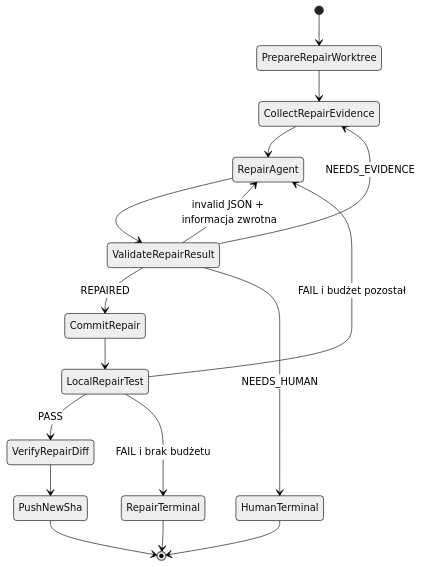
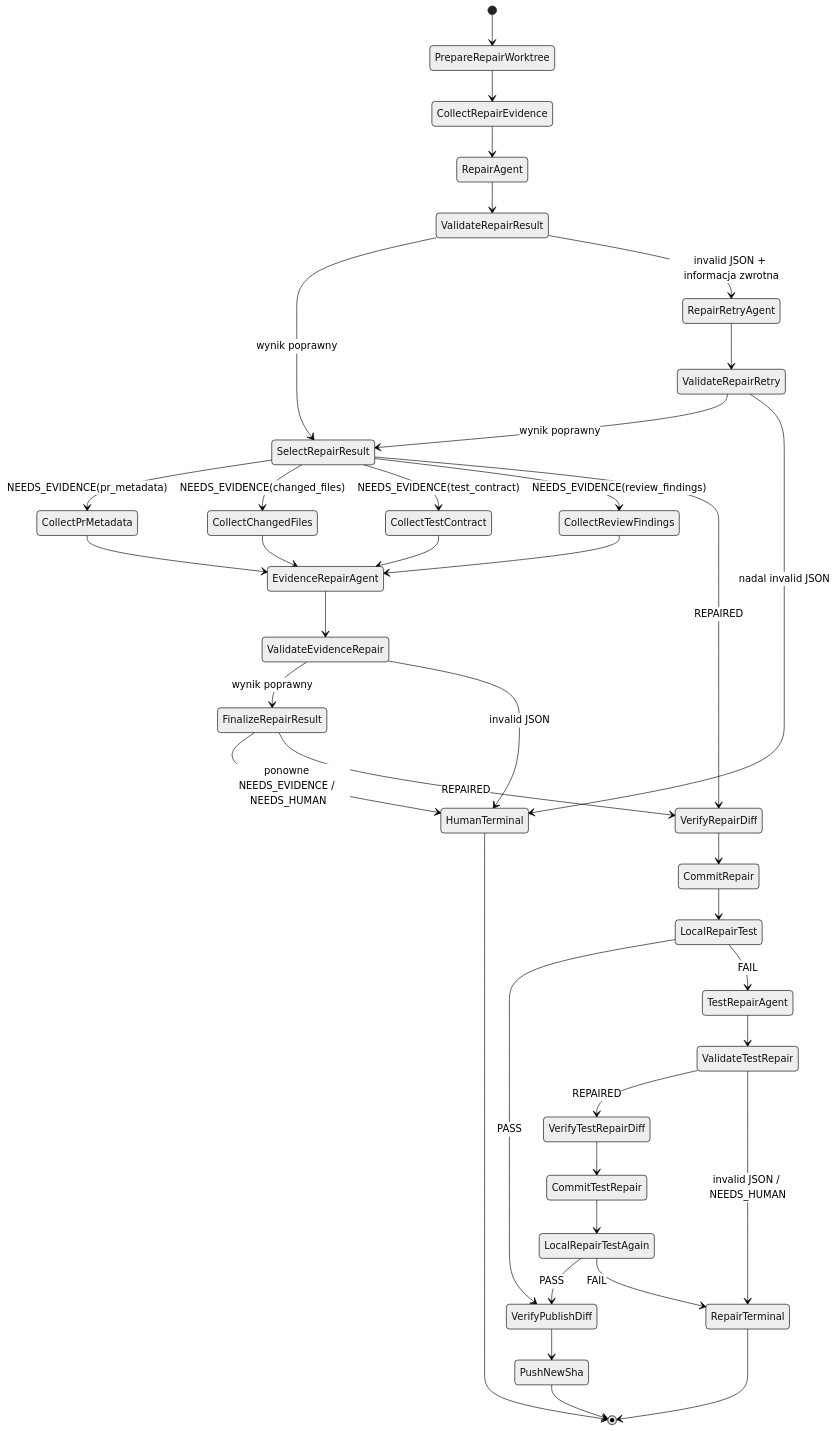
One commit to mikolaj92/lokay changed the fifth of 6 diagrams in README.md. Above: the diagram before and after it, drawn with Mermaid (neutral theme).

Commit message:
docs: define PR repair state boundary

````diff
--- a/README.md
+++ b/README.md
@@ -254,19 +254,41 @@
 ```mermaid
 stateDiagram-v2
     [*] --> PrepareRepairWorktree
     PrepareRepairWorktree --> CollectRepairEvidence
     CollectRepairEvidence --> RepairAgent
     RepairAgent --> ValidateRepairResult
-    ValidateRepairResult --> RepairAgent: invalid JSON + informacja zwrotna
-    ValidateRepairResult --> CollectRepairEvidence: NEEDS_EVIDENCE
-    ValidateRepairResult --> CommitRepair: REPAIRED
-    ValidateRepairResult --> HumanTerminal: NEEDS_HUMAN
+    ValidateRepairResult --> SelectRepairResult: wynik poprawny
+    ValidateRepairResult --> RepairRetryAgent: invalid JSON + informacja zwrotna
+    RepairRetryAgent --> ValidateRepairRetry
+    ValidateRepairRetry --> SelectRepairResult: wynik poprawny
+    ValidateRepairRetry --> HumanTerminal: nadal invalid JSON
+    SelectRepairResult --> CollectPrMetadata: NEEDS_EVIDENCE(pr_metadata)
+    SelectRepairResult --> CollectChangedFiles: NEEDS_EVIDENCE(changed_files)
+    SelectRepairResult --> CollectTestContract: NEEDS_EVIDENCE(test_contract)
+    SelectRepairResult --> CollectReviewFindings: NEEDS_EVIDENCE(review_findings)
+    CollectPrMetadata --> EvidenceRepairAgent
+    CollectChangedFiles --> EvidenceRepairAgent
+    CollectTestContract --> EvidenceRepairAgent
+    CollectReviewFindings --> EvidenceRepairAgent
+    EvidenceRepairAgent --> ValidateEvidenceRepair
+    ValidateEvidenceRepair --> FinalizeRepairResult: wynik poprawny
+    ValidateEvidenceRepair --> HumanTerminal: invalid JSON
+    FinalizeRepairResult --> HumanTerminal: ponowne NEEDS_EVIDENCE / NEEDS_HUMAN
+    SelectRepairResult --> VerifyRepairDiff: REPAIRED
+    FinalizeRepairResult --> VerifyRepairDiff: REPAIRED
+    VerifyRepairDiff --> CommitRepair
     CommitRepair --> LocalRepairTest
-    LocalRepairTest --> VerifyRepairDiff: PASS
-    LocalRepairTest --> RepairAgent: FAIL i budżet pozostał
-    LocalRepairTest --> RepairTerminal: FAIL i brak budżetu
-    VerifyRepairDiff --> PushNewSha
+    LocalRepairTest --> VerifyPublishDiff: PASS
+    LocalRepairTest --> TestRepairAgent: FAIL
+    TestRepairAgent --> ValidateTestRepair
+    ValidateTestRepair --> VerifyTestRepairDiff: REPAIRED
+    ValidateTestRepair --> RepairTerminal: invalid JSON / NEEDS_HUMAN
+    VerifyTestRepairDiff --> CommitTestRepair
+    CommitTestRepair --> LocalRepairTestAgain
+    LocalRepairTestAgain --> VerifyPublishDiff: PASS
+    LocalRepairTestAgain --> RepairTerminal: FAIL
+    VerifyPublishDiff --> PushNewSha
     PushNewSha --> [*]
     HumanTerminal --> [*]
     RepairTerminal --> [*]
 ```
````
